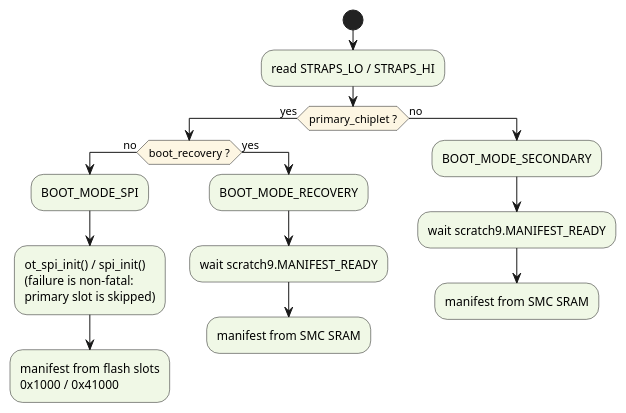
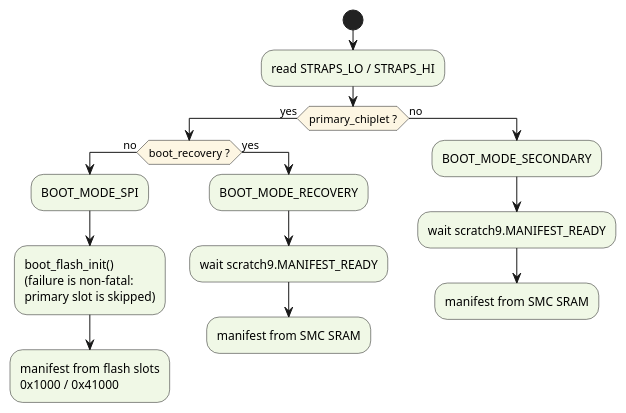
One commit to tenstorrent/tt-oca-harness changed the eighth of 17 diagrams in hw/sys/sep/bootrom/prod/doc/rom.adoc. Above: the diagram before and after it, drawn with PlantUML. The commit also changed other lines of this file and 284 other files, not shown here.

```diff
--- a/hw/sys/sep/bootrom/prod/doc/rom.adoc
+++ b/hw/sys/sep/bootrom/prod/doc/rom.adoc
@@ -1355,30 +1341,30 @@
 [plantuml,boot-mode-branch,svg]
 ----
 @startuml
 skinparam ActivityBackgroundColor #f0f8e6
 skinparam ActivityDiamondBackgroundColor #fdf6e3
 start
 :read STRAPS_LO / STRAPS_HI;
 if (primary_chiplet ?) then (yes)
   if (boot_recovery ?) then (no)
     :BOOT_MODE_SPI;
-    :ot_spi_init() / spi_init()
+    :boot_flash_init()
     (failure is non-fatal:
     primary slot is skipped);
     :manifest from flash slots
     0x1000 / 0x41000;
     detach
   else (yes)
     :BOOT_MODE_RECOVERY;
     :wait scratch9.MANIFEST_READY;
     :manifest from SMC SRAM;
     detach
   endif
 else (no)
   :BOOT_MODE_SECONDARY;
   :wait scratch9.MANIFEST_READY;
   :manifest from SMC SRAM;
   detach
 endif
 @enduml
 ----
```
